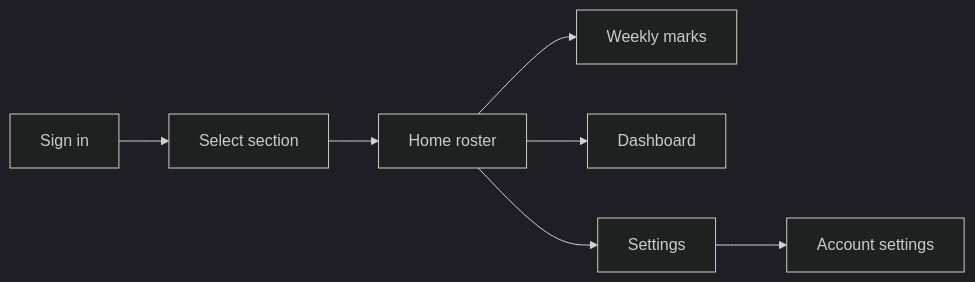
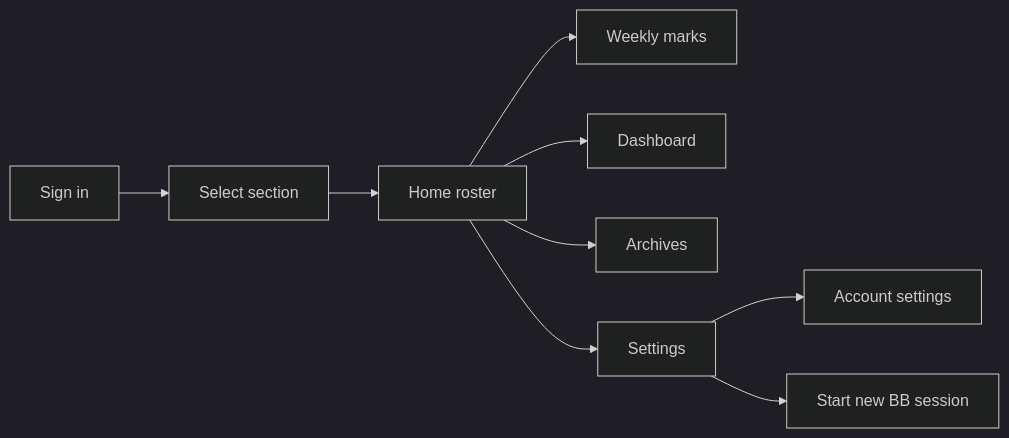
One commit to harrisonk0/BB-Manager changed the diagram in docs/user-guide.md. Above: the diagram before and after it, drawn with Mermaid (dark theme). The commit also changed other lines of this file and 29 other files, not shown here.

First line of the commit message:
Add BB session archive so captains can start a fresh year.

````diff
--- a/docs/user-guide.md
+++ b/docs/user-guide.md
@@ -9,9 +9,11 @@
 ```mermaid
 flowchart LR
   A[Sign in] --> B[Select section]
   B --> C[Home roster]
   C --> D[Weekly marks]
   C --> E[Dashboard]
+  C --> H[Archives]
   C --> F[Settings]
   F --> G[Account settings]
+  F --> I[Start new BB session]
 ```
````
